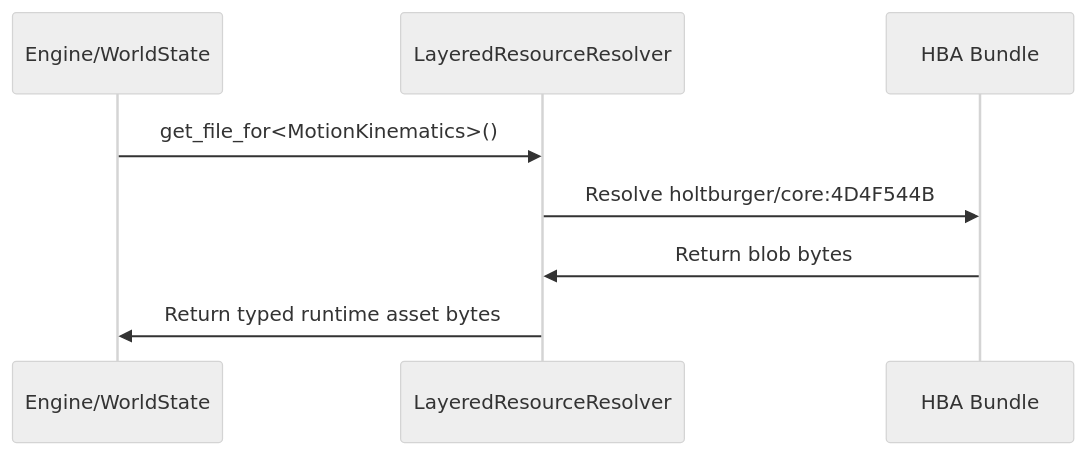
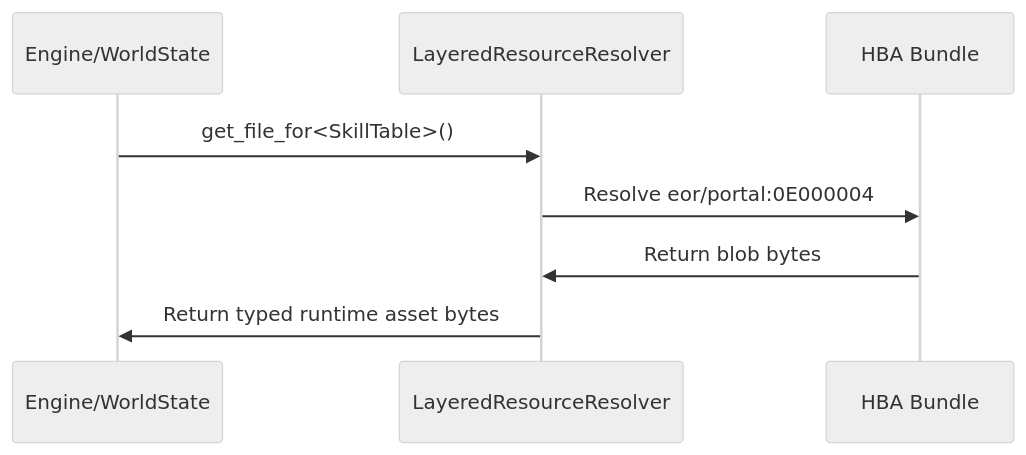
Before and after one commit to merklejerk/holtburger: the diagram in crates/holtburger-dat/ARCHITECTURE.md, drawn with Mermaid (neutral theme). The commit also changed other lines of this file and 133 other files, not shown here.

````diff
--- a/crates/holtburger-dat/ARCHITECTURE.md
+++ b/crates/holtburger-dat/ARCHITECTURE.md
@@ -45,11 +42,11 @@
 ```mermaid
 sequenceDiagram
     participant Core as Engine/WorldState
     participant Resolver as LayeredResourceResolver
     participant Hba as HBA Bundle
 
-    Core->>Resolver: get_file_for<MotionKinematics>()
-    Resolver->>Hba: Resolve holtburger/core:4D4F544B
+    Core->>Resolver: get_file_for<SkillTable>()
+    Resolver->>Hba: Resolve eor/portal:0E000004
     Hba->>Resolver: Return blob bytes
     Resolver->>Core: Return typed runtime asset bytes
 ```
````
